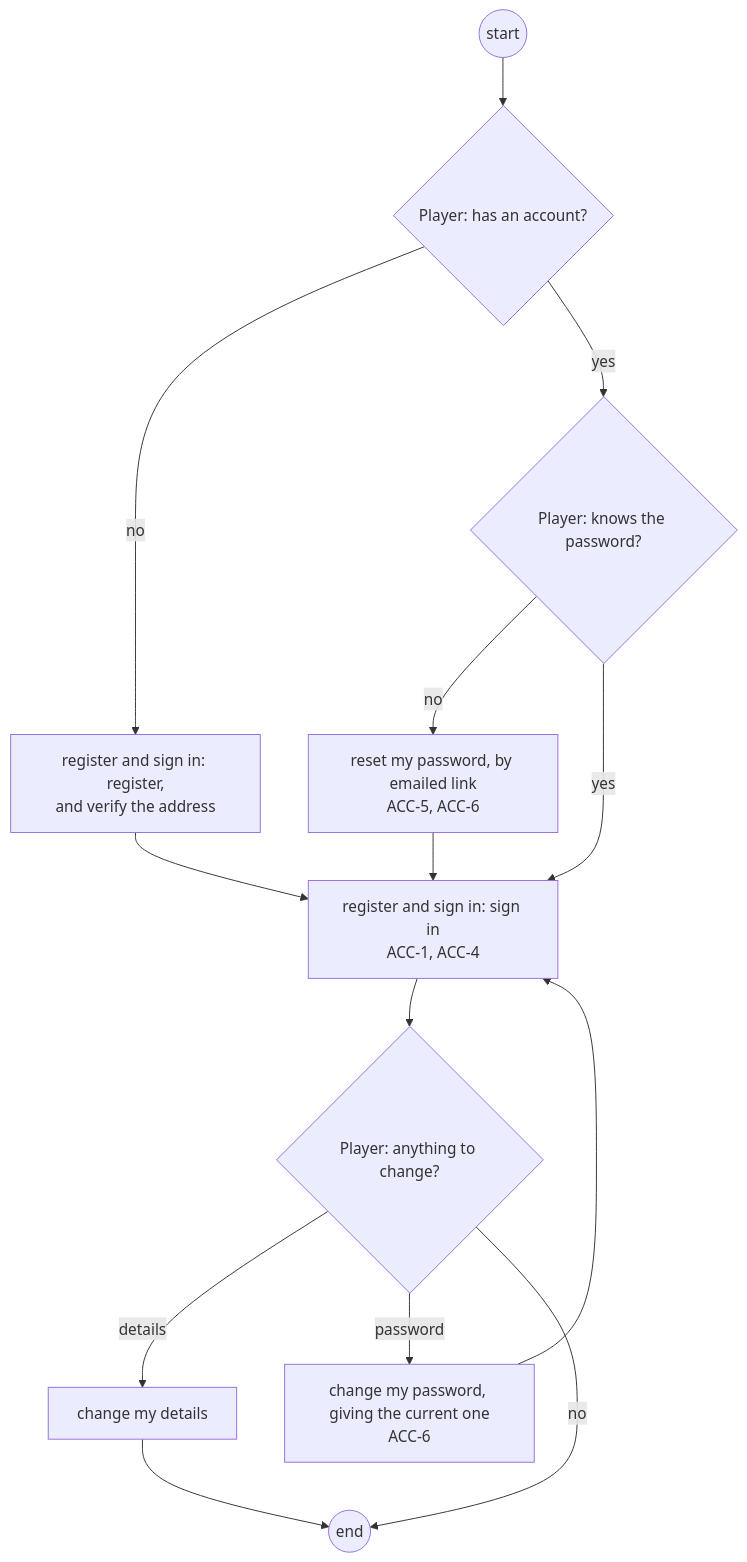
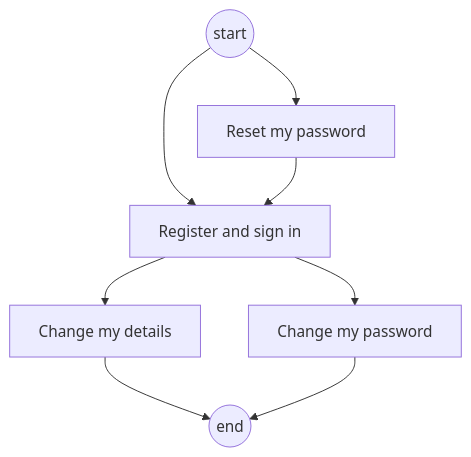
One commit to delphside/programme changed the second of 29 diagrams in docs/changes/workstreams/application-game-architecture/71-one-game-model/71-functional.md. Above: the diagram before and after it, drawn with Mermaid. The commit also changed other lines of this file, not shown here.

````diff
--- a/docs/changes/workstreams/application-game-architecture/71-one-game-model/71-functional.md
+++ b/docs/changes/workstreams/application-game-architecture/71-one-game-model/71-functional.md
@@ -73,16 +73,10 @@
 ```mermaid
 flowchart TD
-  s0((start)) --> d0{"Player: has an account?"}
-  d0 -- no --> a1["register and sign in: register,<br/>and verify the address"]
-  d0 -- yes --> d1{"Player: knows the password?"}
-  d1 -- no --> a2["reset my password, by emailed link<br/>ACC-5, ACC-6"]
-  d1 -- yes --> a3["register and sign in: sign in<br/>ACC-1, ACC-4"]
-  a1 --> a3
-  a2 --> a3
-  a3 --> d2{"Player: anything to change?"}
-  d2 -- details --> a4["change my details"]
-  d2 -- password --> a5["change my password, giving the current one<br/>ACC-6"]
-  d2 -- no --> e0((end))
+  s0((start)) --> a1["Register and sign in"]
+  s0 --> a2["Reset my password"]
+  a2 --> a1
+  a1 --> a3["Change my details"]
+  a1 --> a4["Change my password"]
+  a3 --> e0((end))
   a4 --> e0
-  a5 --> a3
 ```
````
